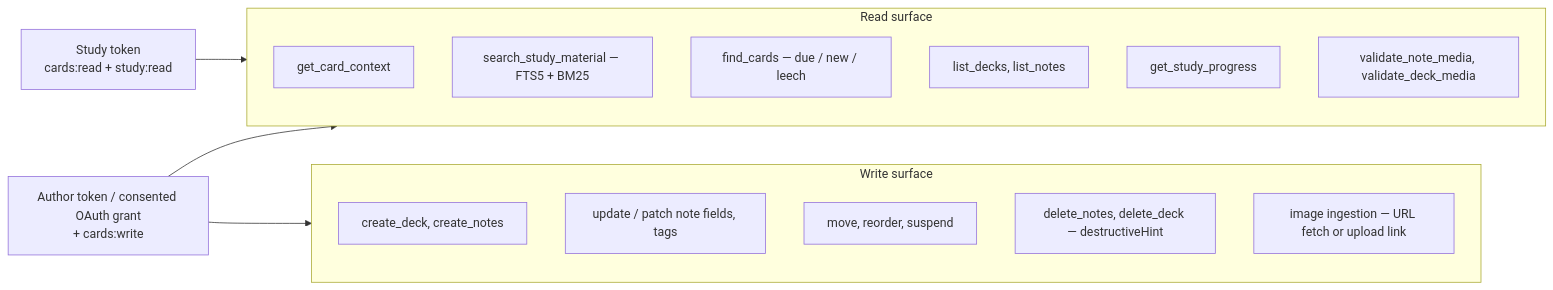
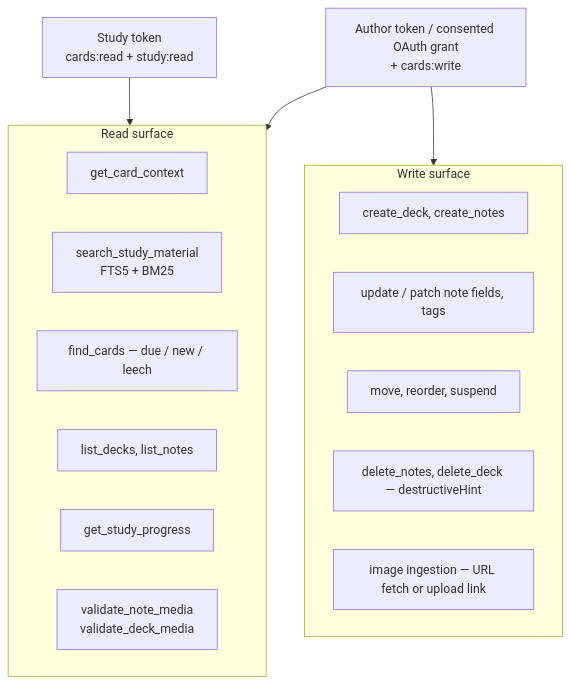
One commit to sebastiangeiger01/ankitalk changed the eighth of 12 diagrams in docs/mcp-presentation.md. Above: the diagram before and after it, drawn with Mermaid. The commit also changed other lines of this file, not shown here.

First line of the commit message:
Improve diagram legibility in the MCP walkthrough

````diff
--- a/docs/mcp-presentation.md
+++ b/docs/mcp-presentation.md
@@ -252,23 +252,23 @@
 ```mermaid
-graph LR
+graph TB
   T1["Study token<br/>cards:read + study:read"] --> RD
   T2["Author token / consented OAuth grant<br/>+ cards:write"] --> RD
   T2 --> WR
 
   subgraph RD["Read surface"]
     R1["get_card_context"]
-    R2["search_study_material — FTS5 + BM25"]
+    R2["search_study_material<br/>FTS5 + BM25"]
     R3["find_cards — due / new / leech"]
     R4["list_decks, list_notes"]
     R5["get_study_progress"]
-    R6["validate_note_media, validate_deck_media"]
+    R6["validate_note_media<br/>validate_deck_media"]
   end
 
   subgraph WR["Write surface"]
     W1["create_deck, create_notes"]
     W2["update / patch note fields, tags"]
     W3["move, reorder, suspend"]
     W4["delete_notes, delete_deck — destructiveHint"]
     W5["image ingestion — URL fetch or upload link"]
   end
 ```
````
